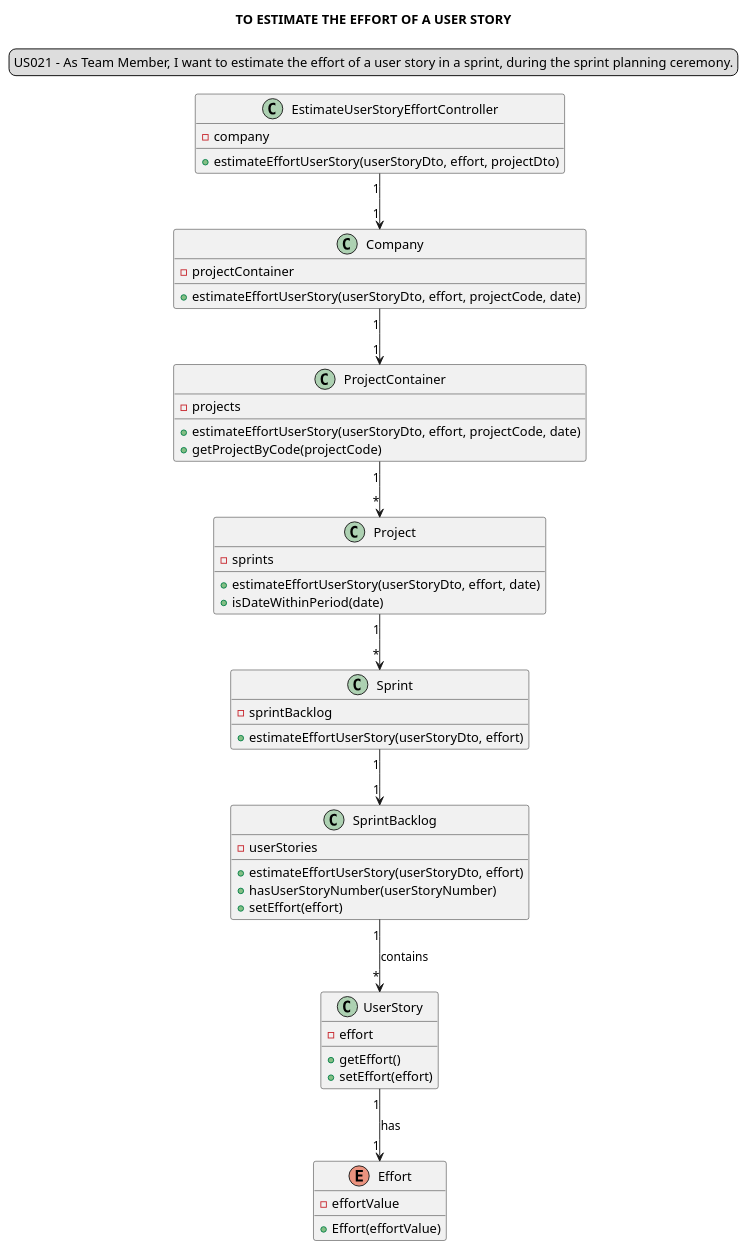
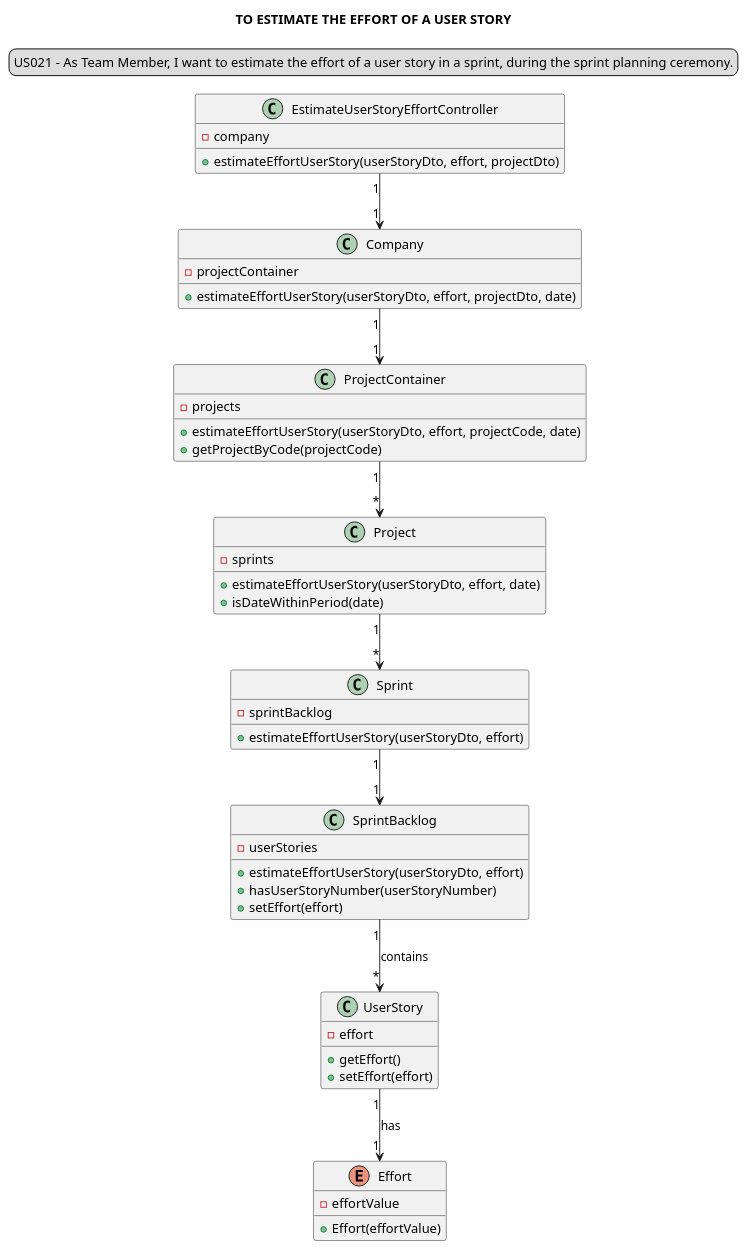
One commit to Loracline/project_switch_22-23 changed the diagram in docs/modelling_design/user_stories/sprint03/us021/US021_classDiagram.puml. Above: the diagram before and after it, drawn with PlantUML.

Commit message:
US021 : Design : Correction of US021_classDiagram.puml references #115 according to US021 implementation.

```diff
--- a/docs/modelling_design/user_stories/sprint03/us021/US021_classDiagram.puml
+++ b/docs/modelling_design/user_stories/sprint03/us021/US021_classDiagram.puml
@@ -1,55 +1,55 @@
 @startuml
 'https://plantuml.com/sequence-diagram
 title TO ESTIMATE THE EFFORT OF A USER STORY
 legend top
 US021 - As Team Member, I want to estimate the effort of a user story in a sprint, during the sprint planning ceremony.
 end legend
 skinparam sequenceMessageAlign center
 
 class "EstimateUserStoryEffortController" {
 - company
 + estimateEffortUserStory(userStoryDto, effort, projectDto)
 }
 
 class "Company" {
 - projectContainer
-+ estimateEffortUserStory(userStoryDto, effort, projectCode, date)
++ estimateEffortUserStory(userStoryDto, effort, projectDto, date)
 }
 class "ProjectContainer" {
 - projects
 + estimateEffortUserStory(userStoryDto, effort, projectCode, date)
 + getProjectByCode(projectCode)
 }
 class "Project"{
 - sprints
 + estimateEffortUserStory(userStoryDto, effort, date)
 + isDateWithinPeriod(date)
 }
 class "Sprint"{
 - sprintBacklog
 + estimateEffortUserStory(userStoryDto, effort)
 }
 class "SprintBacklog" {
 - userStories
 + estimateEffortUserStory(userStoryDto, effort)
 + hasUserStoryNumber(userStoryNumber)
 + setEffort(effort)
 }
 class "UserStory"{
 - effort
 + getEffort()
 + setEffort(effort)
 }
 enum "Effort"{
 - effortValue
 + Effort(effortValue)
 }
 
 "EstimateUserStoryEffortController" "1" --> "1" "Company"
 "Company" "1" --> "1" "ProjectContainer"
 "ProjectContainer" "1" --> "*" "Project"
 "Project" "1" --> "*" "Sprint"
 "Sprint" "1" --> "1" "SprintBacklog"
 "SprintBacklog" "1" --> "*" "UserStory" : contains
 "UserStory" "1" --> "1" "Effort" : has
 @enduml
```
